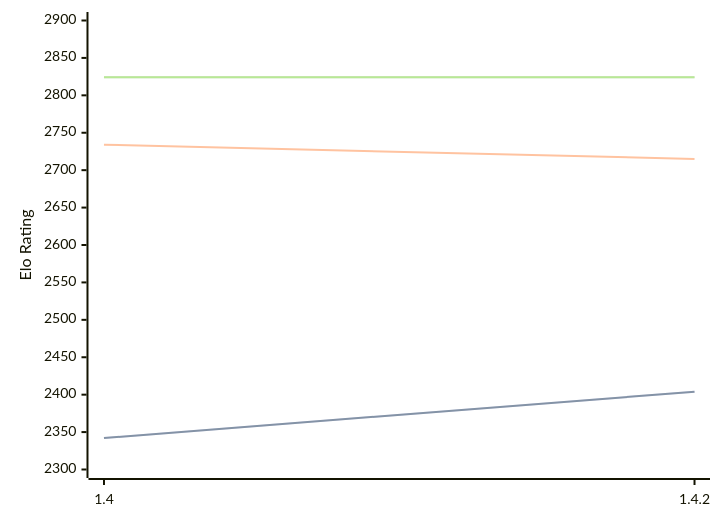
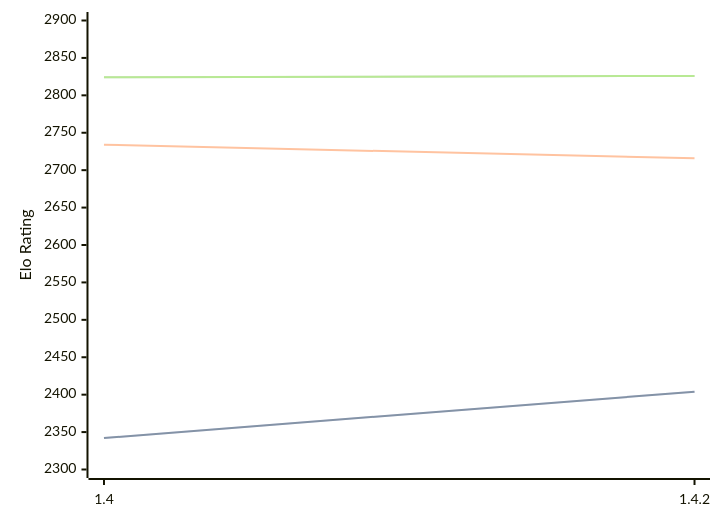
One commit to computer-chess-index/cci changed the diagram in engines/Spike.md. Above: the diagram before and after it, drawn with Mermaid. The commit also changed other lines of this file, not shown here.

Commit message:
Update CCI Ratings (ELO VLTC) - 2026-09-08

````diff
--- a/engines/Spike.md
+++ b/engines/Spike.md
@@ -32,11 +32,11 @@
 ```mermaid
 %%{init: {"theme":"base","themeVariables":{"seriesColors:['#a3a3a3','#222221','#faa371']}}}%%
 xychart-beta
   x-axis ["1.4", "1.4.2"]
   y-axis "Elo Rating" 2300 --> 2900
   line "" [2342, 2404]
   line "STC (8.0+0.08s)" [2342, 2404]
-  line "LTC (60.0+0.60s)" [2734, 2715]
-  line "" [2824, 2824]
-  line "VLTC (2m24s+1.12s)" [2824, 2824]
+  line "LTC (60.0+0.60s)" [2734, 2716]
+  line "" [2824, 2826]
+  line "VLTC (2m24s+1.12s)" [2824, 2826]
 ```
````
